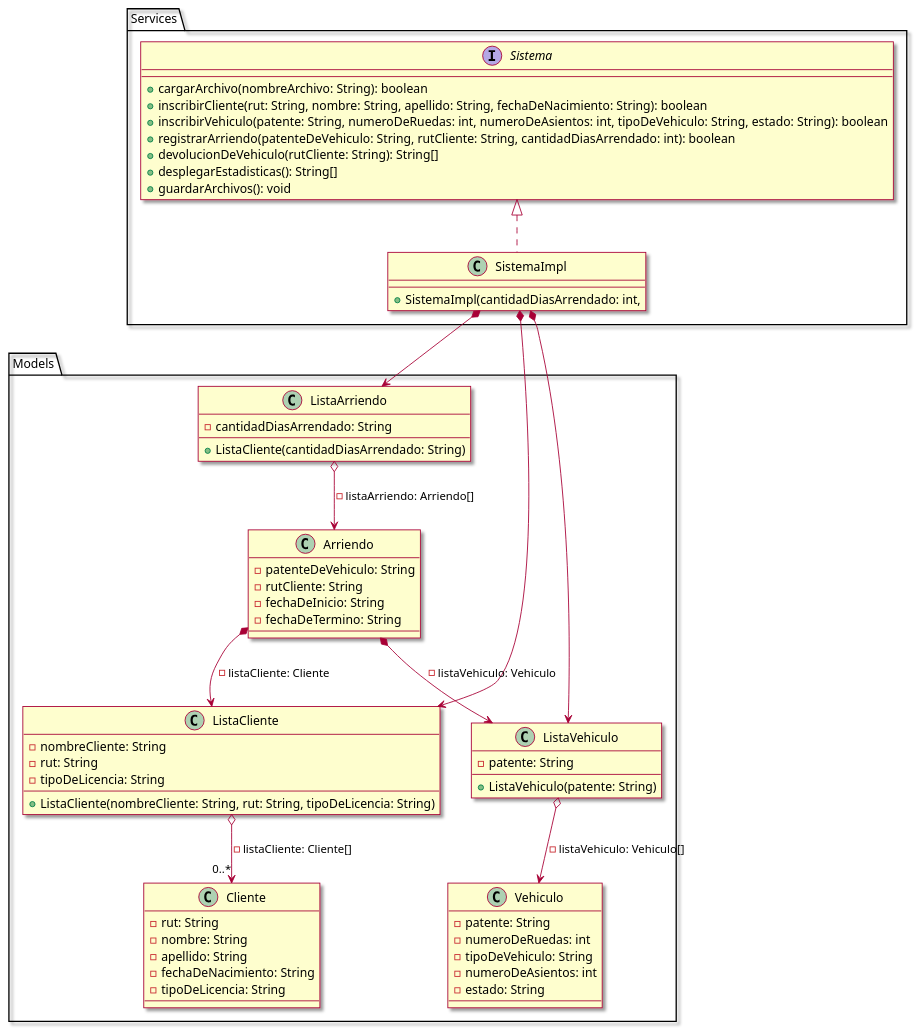
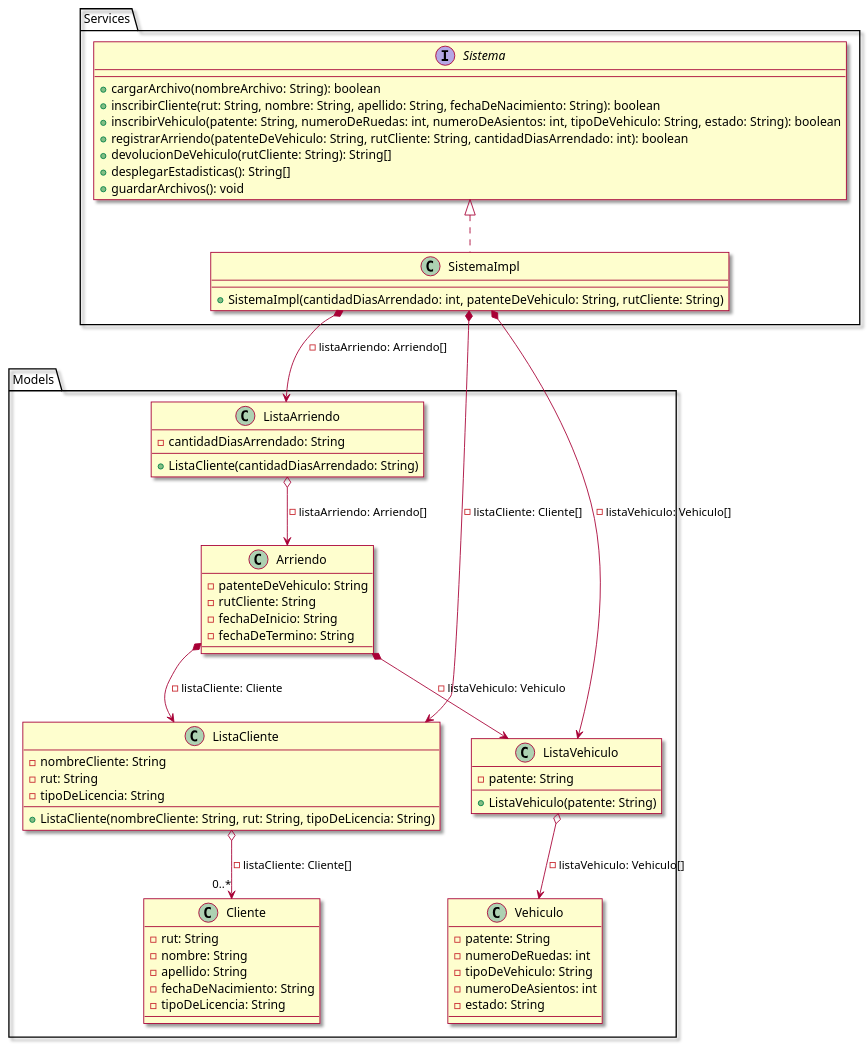
One commit to Algeito/Taller2.0 changed the diagram in docs/clases.puml. Above: the diagram before and after it, drawn with PlantUML.

Commit message:
diagrama de clases 2

```diff
--- a/docs/clases.puml
+++ b/docs/clases.puml
@@ -1,78 +1,78 @@
 @startuml
 skin rose
 !pragma useIntermediatePackages false
 
 package Models {
     class Arriendo{
         -patenteDeVehiculo: String
         -rutCliente: String
         -fechaDeInicio: String
         -fechaDeTermino: String
     }
 
     class ListaArriendo{
         -cantidadDiasArrendado: String
         +ListaCliente(cantidadDiasArrendado: String)
     }
 
     class Cliente {
         -rut: String
         -nombre: String
         -apellido: String
         -fechaDeNacimiento: String
         -tipoDeLicencia: String
 
     }
 
     class ListaCliente{
         -nombreCliente: String
         -rut: String
         -tipoDeLicencia: String
         +ListaCliente(nombreCliente: String, rut: String, tipoDeLicencia: String)
     }
 
     class Vehiculo{
         -patente: String
         -numeroDeRuedas: int
         -tipoDeVehiculo: String
         -numeroDeAsientos: int
         -estado: String
     }
 
     class ListaVehiculo{
         -patente: String
         +ListaVehiculo(patente: String)
     }
 }
 
 package Services {
     interface Sistema{
         +cargarArchivo(nombreArchivo: String): boolean
         +inscribirCliente(rut: String, nombre: String, apellido: String, fechaDeNacimiento: String): boolean
         +inscribirVehiculo(patente: String, numeroDeRuedas: int, numeroDeAsientos: int, tipoDeVehiculo: String, estado: String): boolean
         +registrarArriendo(patenteDeVehiculo: String, rutCliente: String, cantidadDiasArrendado: int): boolean
         +devolucionDeVehiculo(rutCliente: String): String[]
         +desplegarEstadisticas(): String[]
         +guardarArchivos(): void
     }
 
     class SistemaImpl{
-        +SistemaImpl(cantidadDiasArrendado: int,
+        +SistemaImpl(cantidadDiasArrendado: int, patenteDeVehiculo: String, rutCliente: String)
 
     }
 }
 
 
 
 Sistema <|.. SistemaImpl
-SistemaImpl *--> ListaArriendo
-SistemaImpl *--> ListaCliente
-SistemaImpl *--> ListaVehiculo
+SistemaImpl *--> ListaArriendo: -listaArriendo: Arriendo[]
+SistemaImpl *--> ListaCliente: -listaCliente: Cliente[]
+SistemaImpl *--> ListaVehiculo: -listaVehiculo: Vehiculo[]
 
 ListaArriendo o--> Arriendo: -listaArriendo: Arriendo[]
 ListaCliente o--> "0..*"Cliente: -listaCliente: Cliente[]
 ListaVehiculo o--> Vehiculo: -listaVehiculo: Vehiculo[]
 Arriendo *--> ListaCliente: -listaCliente: Cliente
 Arriendo *--> ListaVehiculo: -listaVehiculo: Vehiculo
 
 @enduml
```
